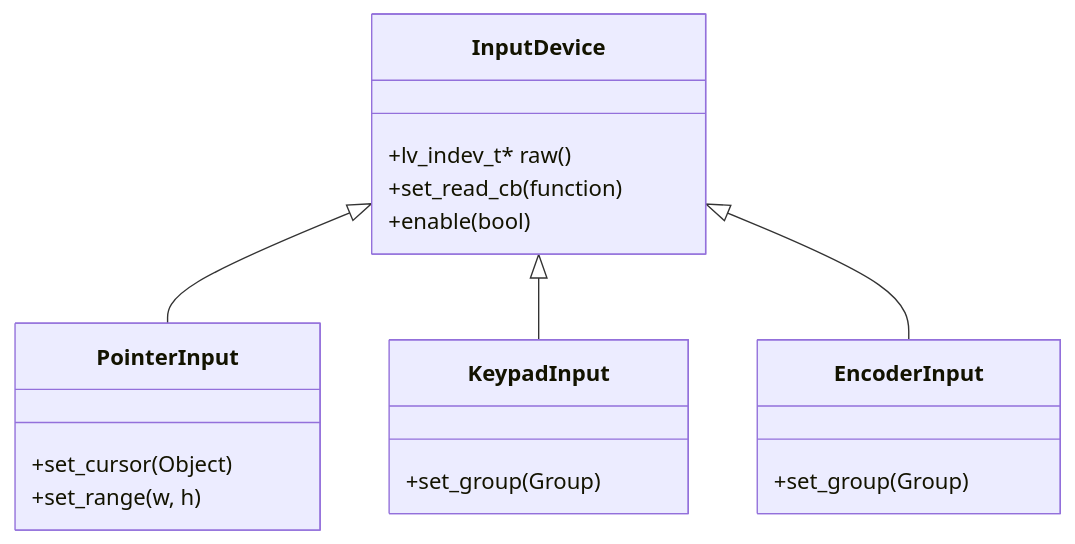
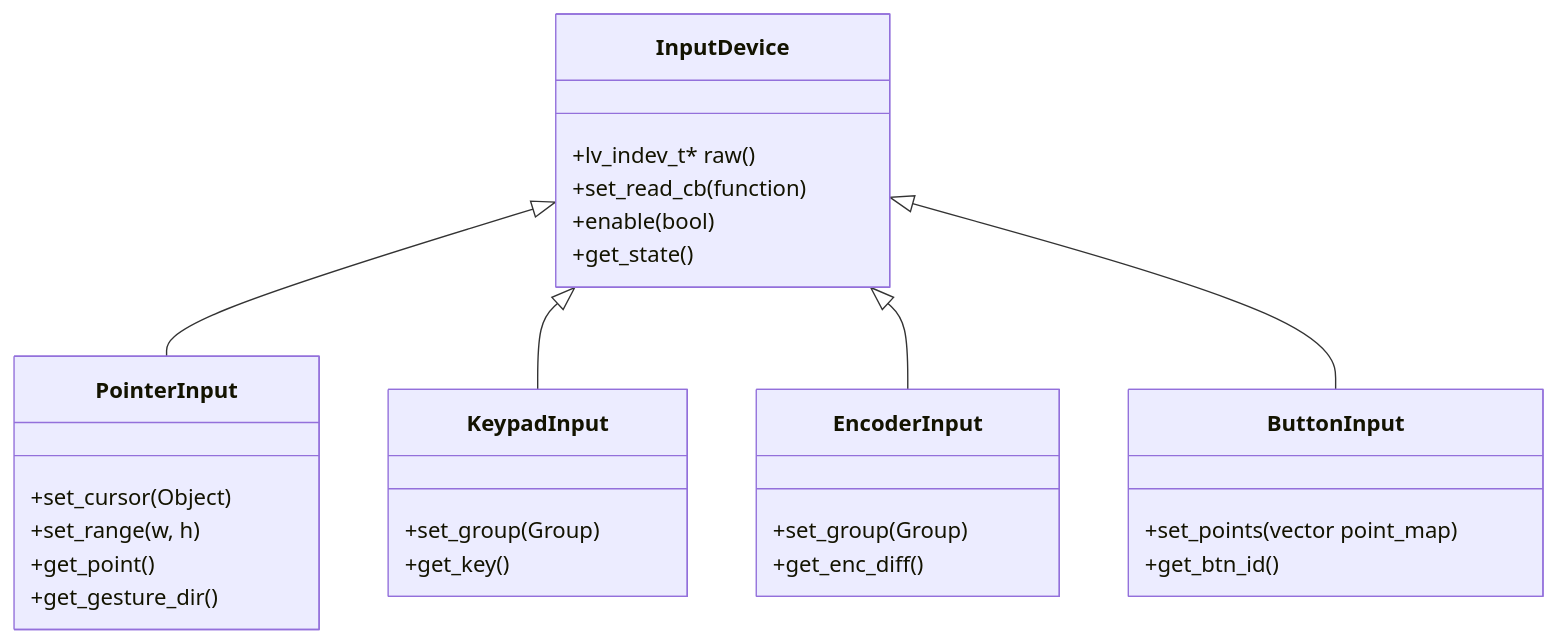
One commit to pedapudi/lvgl_cpp changed the diagram in design/input_devices.md. Above: the diagram before and after it, drawn with Mermaid. The commit also changed other lines of this file, not shown here.

Commit message:
docs: critical architecture review of input devices (issue #66)

````diff
--- a/design/input_devices.md
+++ b/design/input_devices.md
@@ -61,22 +62,32 @@
 ```mermaid
 classDiagram
     class InputDevice {
         +lv_indev_t* raw()
         +set_read_cb(function)
         +enable(bool)
+        +get_state()
     }
     class PointerInput {
         +set_cursor(Object)
         +set_range(w, h)
+        +get_point()
+        +get_gesture_dir()
     }
     class KeypadInput {
         +set_group(Group)
+        +get_key()
     }
     class EncoderInput {
         +set_group(Group)
+        +get_enc_diff()
+    }
+    class ButtonInput {
+        +set_points(vector point_map)
+        +get_btn_id()
     }
     
     InputDevice <|-- PointerInput
     InputDevice <|-- KeypadInput
     InputDevice <|-- EncoderInput
+    InputDevice <|-- ButtonInput
 ```
````
